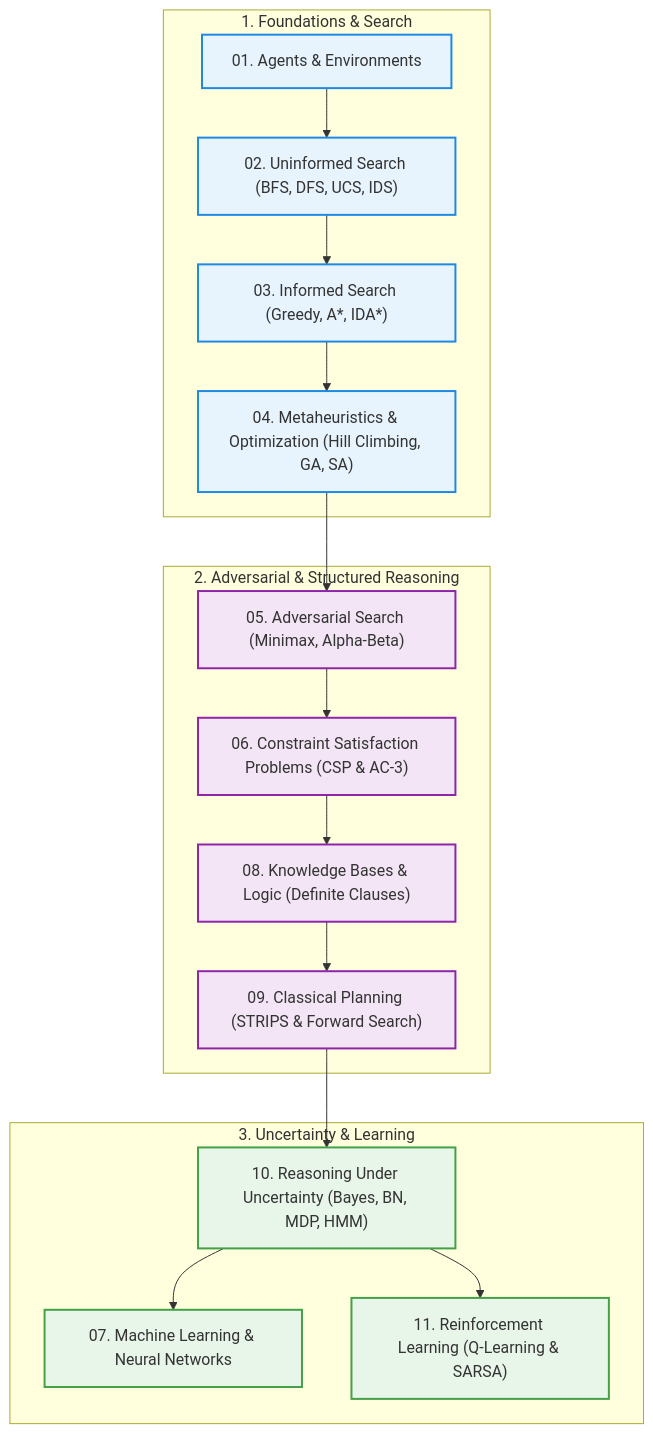
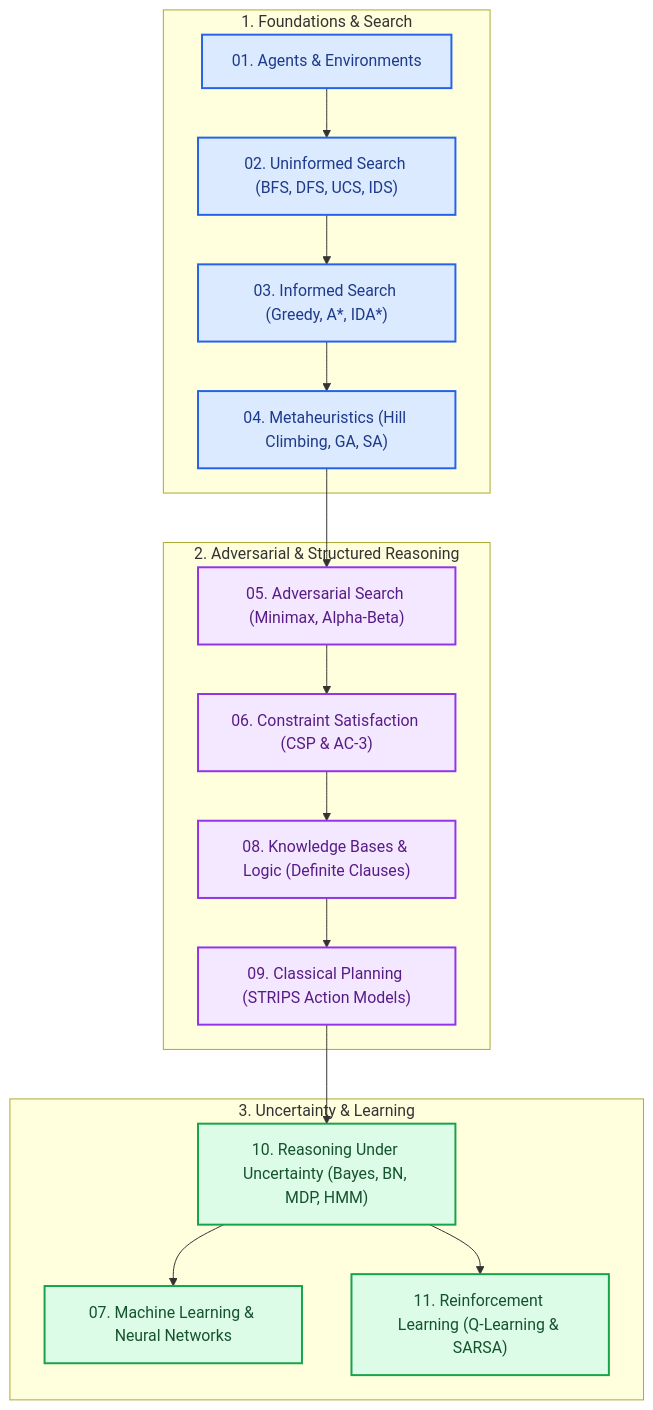
The first of 31 diagrams in README.md (shimulshoishob/Artificial_Intelligence_CSE366), drawn with Mermaid before and after one commit. The commit also changed other lines of this file, not shown here.

````diff
--- a/README.md
+++ b/README.md
@@ -33,28 +35,34 @@
 ```mermaid
 flowchart TD
-    subgraph Foundations [1. Foundations & Search]
-        C1["01. Agents & Environments"] --> C2["02. Uninformed Search (BFS, DFS, UCS, IDS)"]
-        C2 --> C3["03. Informed Search (Greedy, A*, IDA*)"]
-        C3 --> C4["04. Metaheuristics & Optimization (Hill Climbing, GA, SA)"]
+    subgraph Part1 [1. Foundations & Search]
+        C1["01. Agents & Environments"]
+        C2["02. Uninformed Search (BFS, DFS, UCS, IDS)"]
+        C3["03. Informed Search (Greedy, A*, IDA*)"]
+        C4["04. Metaheuristics (Hill Climbing, GA, SA)"]
+        C1 --> C2 --> C3 --> C4
     end
 
-    subgraph Decisions [2. Adversarial & Structured Reasoning]
-        C4 --> C5["05. Adversarial Search (Minimax, Alpha-Beta)"]
-        C5 --> C6["06. Constraint Satisfaction Problems (CSP & AC-3)"]
-        C6 --> C8["08. Knowledge Bases & Logic (Definite Clauses)"]
-        C8 --> C9["09. Classical Planning (STRIPS & Forward Search)"]
+    subgraph Part2 [2. Adversarial & Structured Reasoning]
+        C5["05. Adversarial Search (Minimax, Alpha-Beta)"]
+        C6["06. Constraint Satisfaction (CSP & AC-3)"]
+        C8["08. Knowledge Bases & Logic (Definite Clauses)"]
+        C9["09. Classical Planning (STRIPS Action Models)"]
+        C4 --> C5 --> C6 --> C8 --> C9
     end
 
-    subgraph Learning_Uncertainty [3. Uncertainty & Learning]
-        C9 --> C10["10. Reasoning Under Uncertainty (Bayes, BN, MDP, HMM)"]
-        C10 --> C7["07. Machine Learning & Neural Networks"]
-        C10 --> C11["11. Reinforcement Learning (Q-Learning & SARSA)"]
+    subgraph Part3 [3. Uncertainty & Learning]
+        C10["10. Reasoning Under Uncertainty (Bayes, BN, MDP, HMM)"]
+        C7["07. Machine Learning & Neural Networks"]
+        C11["11. Reinforcement Learning (Q-Learning & SARSA)"]
+        C9 --> C10
+        C10 --> C7
+        C10 --> C11
     end
 
-    classDef fnd fill:#e8f4fd,stroke:#1e88e5,stroke-width:2px;
-    classDef dec fill:#f3e5f5,stroke:#8e24aa,stroke-width:2px;
-    classDef lrn fill:#e8f5e9,stroke:#43a047,stroke-width:2px;
+    classDef fnd fill:#dbeafe,stroke:#2563eb,stroke-width:2px,color:#1e3a8a;
+    classDef dec fill:#f3e8ff,stroke:#9333ea,stroke-width:2px,color:#581c87;
+    classDef lrn fill:#dcfce7,stroke:#16a34a,stroke-width:2px,color:#14532d;
     class C1,C2,C3,C4 fnd;
     class C5,C6,C8,C9 dec;
     class C7,C10,C11 lrn;
 ```
````
